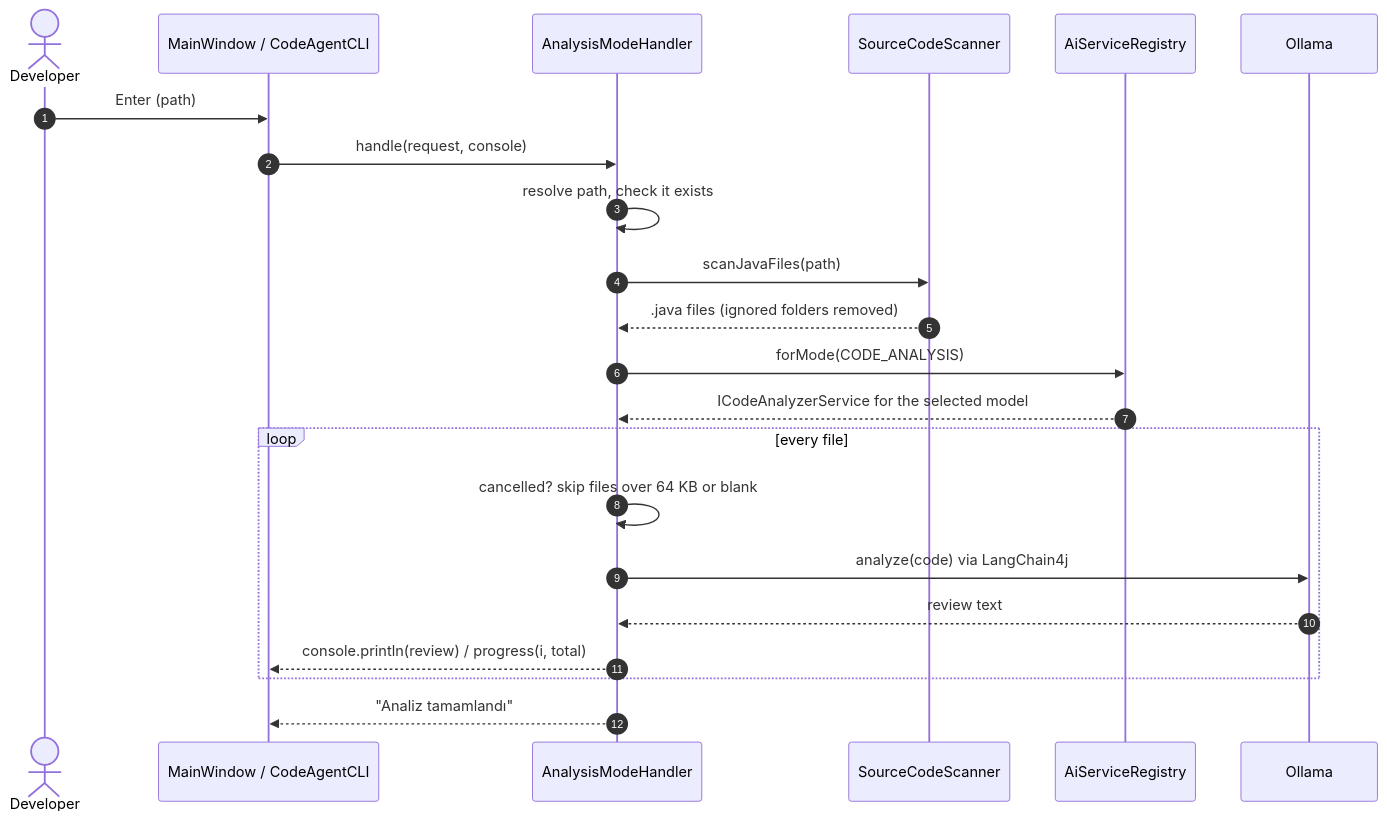
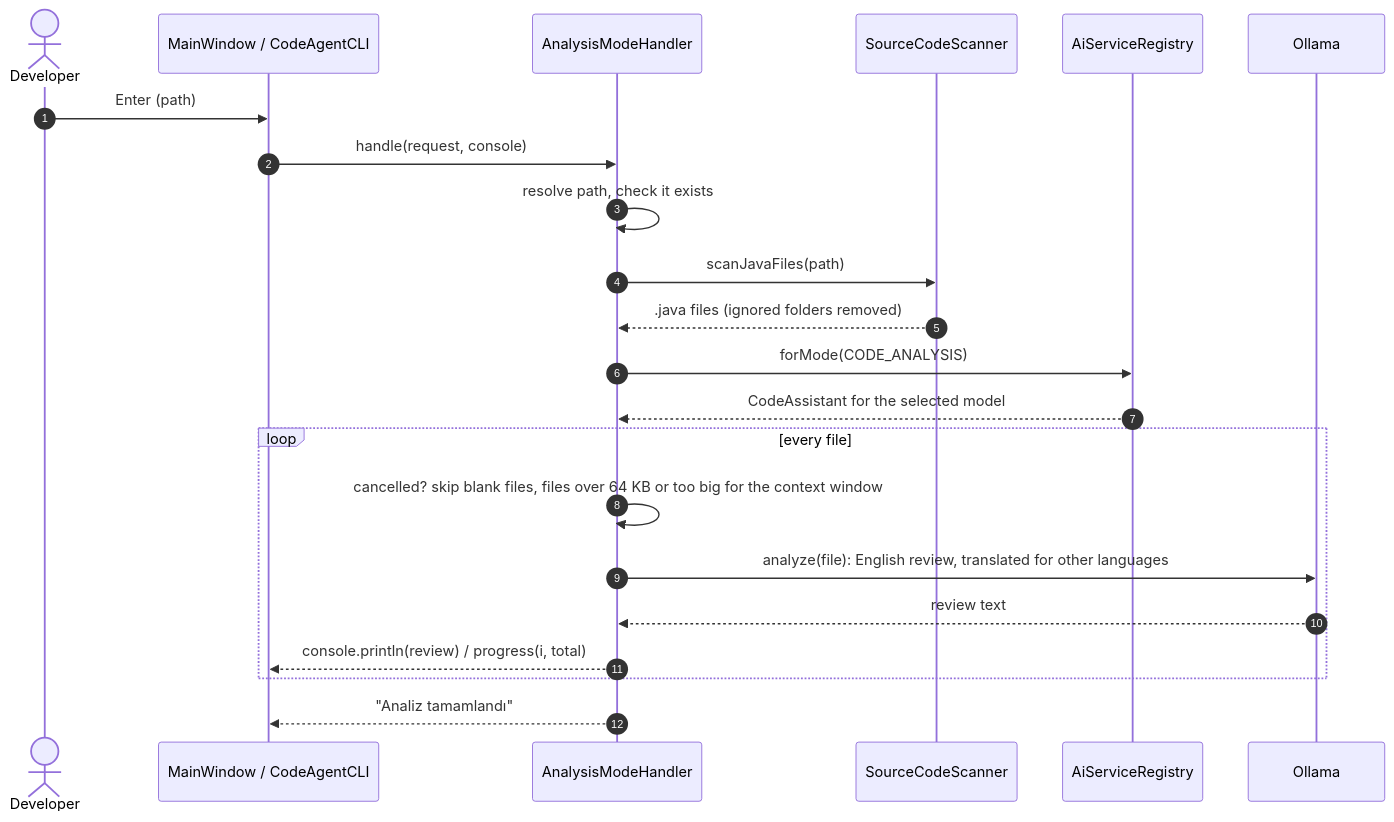
Before and after one commit to burak-can-onarim/blue-ring-octopus-cli: the fourth of 5 diagrams in docs/ARCHITECTURE.md, drawn with Mermaid. The commit also changed other lines of this file and 11 other files, not shown here.

````diff
--- a/docs/ARCHITECTURE.md
+++ b/docs/ARCHITECTURE.md
@@ -154,25 +154,25 @@
 ```mermaid
 sequenceDiagram
     autonumber
     actor U as Developer
     participant W as MainWindow / CodeAgentCLI
     participant A as AnalysisModeHandler
     participant S as SourceCodeScanner
     participant R as AiServiceRegistry
     participant M as Ollama
 
     U->>W: Enter (path)
     W->>A: handle(request, console)
     A->>A: resolve path, check it exists
     A->>S: scanJavaFiles(path)
     S-->>A: .java files (ignored folders removed)
     A->>R: forMode(CODE_ANALYSIS)
-    R-->>A: ICodeAnalyzerService for the selected model
+    R-->>A: CodeAssistant for the selected model
     loop every file
-        A->>A: cancelled? skip files over 64 KB or blank
-        A->>M: analyze(code) via LangChain4j
+        A->>A: cancelled? skip blank files, files over 64 KB or too big for the context window
+        A->>M: analyze(file): English review, translated for other languages
         M-->>A: review text
         A-->>W: console.println(review) / progress(i, total)
     end
     A-->>W: "Analiz tamamlandı"
 ```
````
